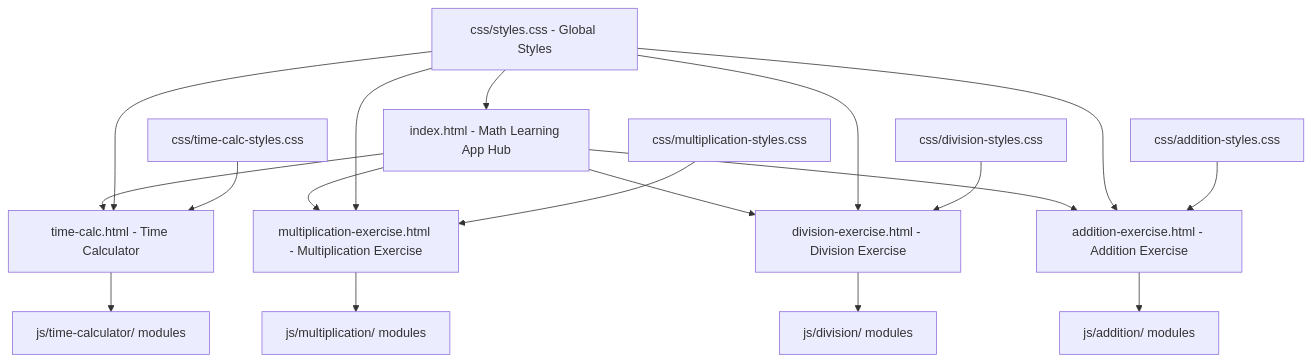
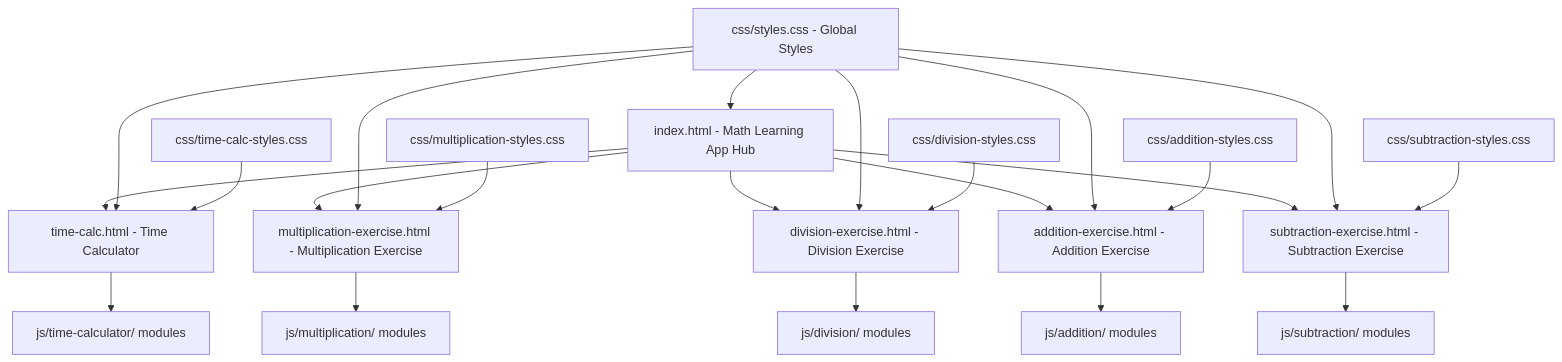
Before and after one commit to achilles-mantel/achilles-mantel.github.io: the first of 6 diagrams in memory-bank/systemPatterns.md, drawn with Mermaid. The commit also changed other lines of this file and 2 other files, not shown here.

````diff
--- a/memory-bank/systemPatterns.md
+++ b/memory-bank/systemPatterns.md
@@ -7,23 +7,27 @@
 ```mermaid
 graph TD
     INDEX[index.html - Math Learning App Hub] --> TC[time-calc.html - Time Calculator]
     INDEX --> ME[multiplication-exercise.html - Multiplication Exercise]
     INDEX --> DE[division-exercise.html - Division Exercise]
     INDEX --> AE[addition-exercise.html - Addition Exercise]
+    INDEX --> SE[subtraction-exercise.html - Subtraction Exercise]
     
     TC --> TCM[js/time-calculator/ modules]
     ME --> MEM[js/multiplication/ modules]
     DE --> DEM[js/division/ modules]
     AE --> AEM[js/addition/ modules]
+    SE --> SEM[js/subtraction/ modules]
     
     STYLES[css/styles.css - Global Styles] --> INDEX
     STYLES --> TC
     STYLES --> ME
     STYLES --> DE
     STYLES --> AE
+    STYLES --> SE
     
     TCS[css/time-calc-styles.css] --> TC
     MES[css/multiplication-styles.css] --> ME
     DES[css/division-styles.css] --> DE
     AES[css/addition-styles.css] --> AE
+    SES[css/subtraction-styles.css] --> SE
 ```
````
